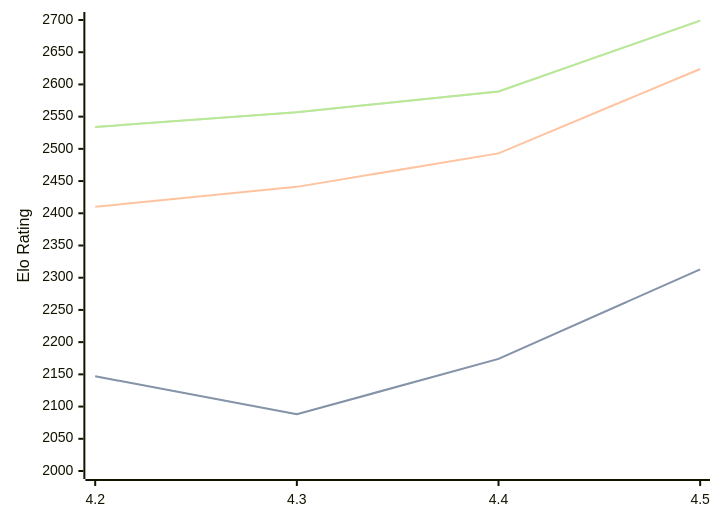
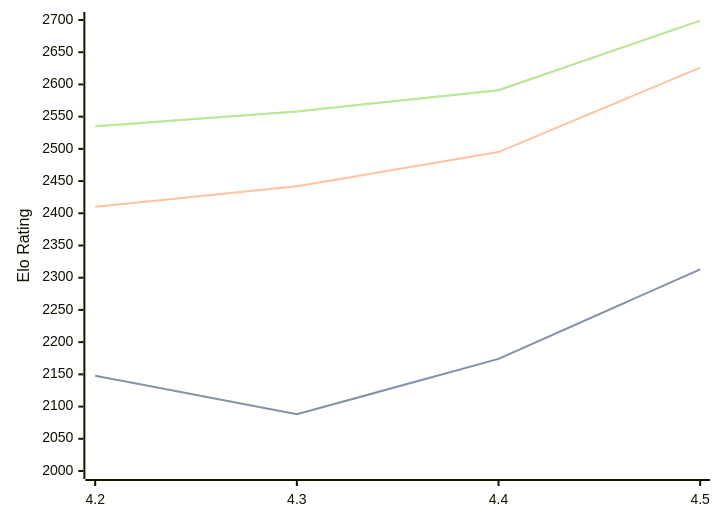
One commit to computer-chess-index/cci changed the diagram in engines/Eubos.md. Above: the diagram before and after it, drawn with Mermaid. The commit also changed other lines of this file, not shown here.

Commit message:
Update CCI Ratings (ELO VLTC) - 2026-07-23

````diff
--- a/engines/Eubos.md
+++ b/engines/Eubos.md
@@ -90,11 +90,11 @@
 ```mermaid
 %%{init: {"theme":"base","themeVariables":{"seriesColors:['#a3a3a3','#222221','#faa371']}}}%%
 xychart-beta
   x-axis ["4.2", "4.3", "4.4", "4.5"]
   y-axis "Elo Rating" 2000 --> 2700
-  line "STC (8.0+0.08s)" [2147, 2088, 2174, 2313]
-  line "STC (8.0+0.08s)" [2147, 2088, 2174, 2313]
-  line "LTC (60.0+0.60s)" [2410, 2441, 2493, 2624]
-  line "VLTC (2m24s+1.12s)" [2534, 2557, 2589, 2699]
-  line "VLTC (2m24s+1.12s)" [2534, 2557, 2589, 2699]
+  line "STC (8.0+0.08s)" [2148, 2088, 2174, 2313]
+  line "STC (8.0+0.08s)" [2148, 2088, 2174, 2313]
+  line "LTC (60.0+0.60s)" [2410, 2442, 2495, 2626]
+  line "VLTC (2m24s+1.12s)" [2535, 2558, 2591, 2699]
+  line "VLTC (2m24s+1.12s)" [2535, 2558, 2591, 2699]
 ```
````
